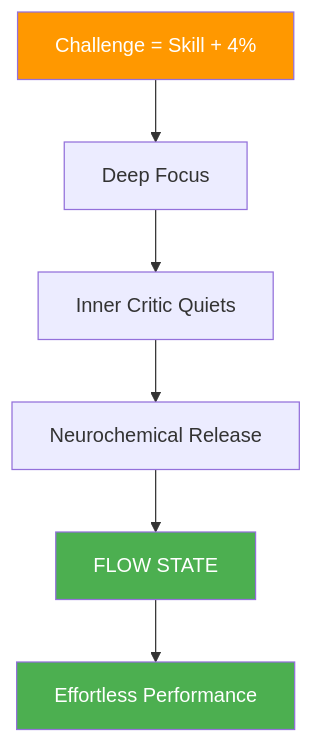
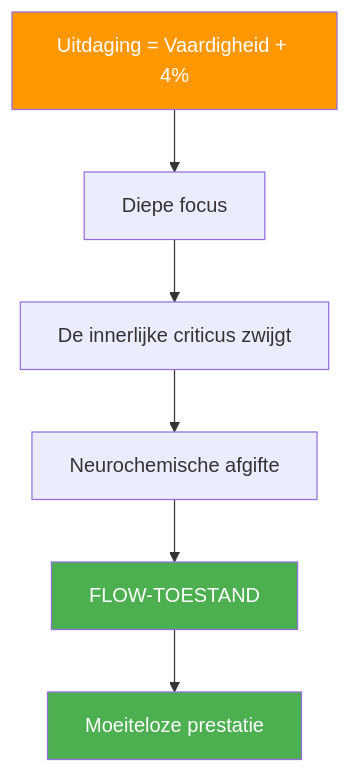
Before and after one commit to patwii/petanque-academy: the first of 2 diagrams in docs/nl/articles/flow-state-science.md, drawn with Mermaid. The commit also changed other lines of this file and 550 other files, not shown here.

````diff
--- a/docs/nl/articles/flow-state-science.md
+++ b/docs/nl/articles/flow-state-science.md
@@ -22,12 +22,12 @@
 ```mermaid
 flowchart TD
-    A[Challenge = Skill + 4%] --> B[Deep Focus]
-    B --> C[Inner Critic Quiets]
-    C --> D[Neurochemical Release]
-    D --> E[FLOW STATE]
-    E --> F[Effortless Performance]
+    A[Uitdaging = Vaardigheid + 4%] --> B[Diepe focus]
+    B --> C[De innerlijke criticus zwijgt]
+    C --> D[Neurochemische afgifte]
+    D --> E[FLOW-TOESTAND]
+    E --> F[Moeiteloze prestatie]
 
     style A fill:#FF9800,color:#fff
     style E fill:#4CAF50,color:#fff
     style F fill:#4CAF50,color:#fff
 ```
````
